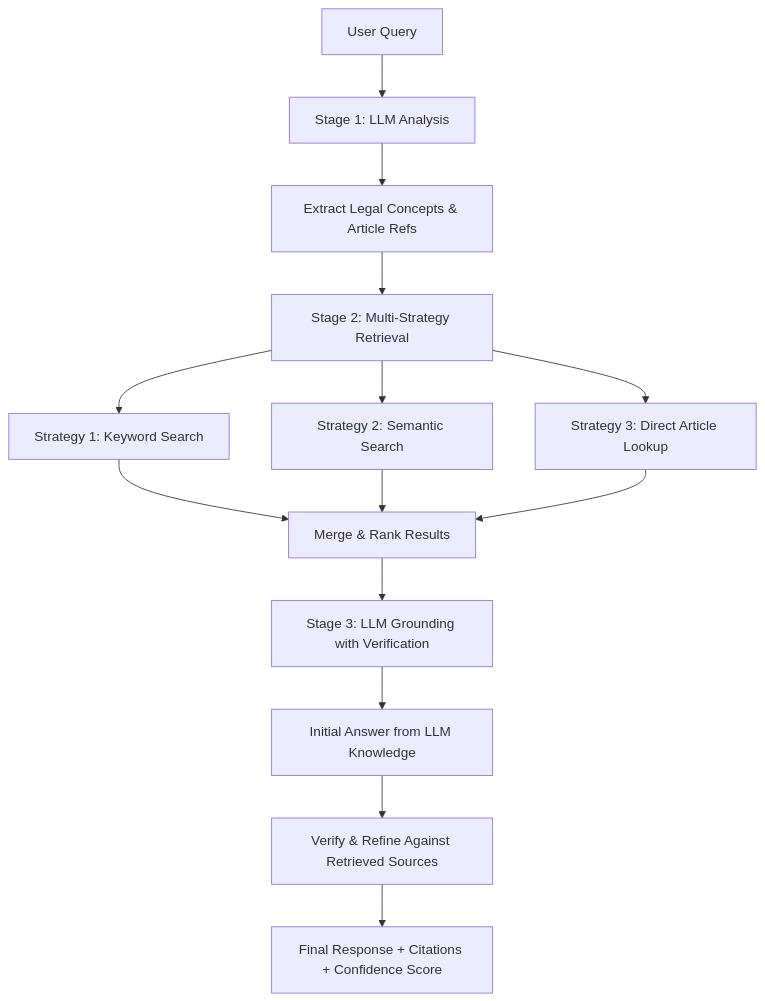
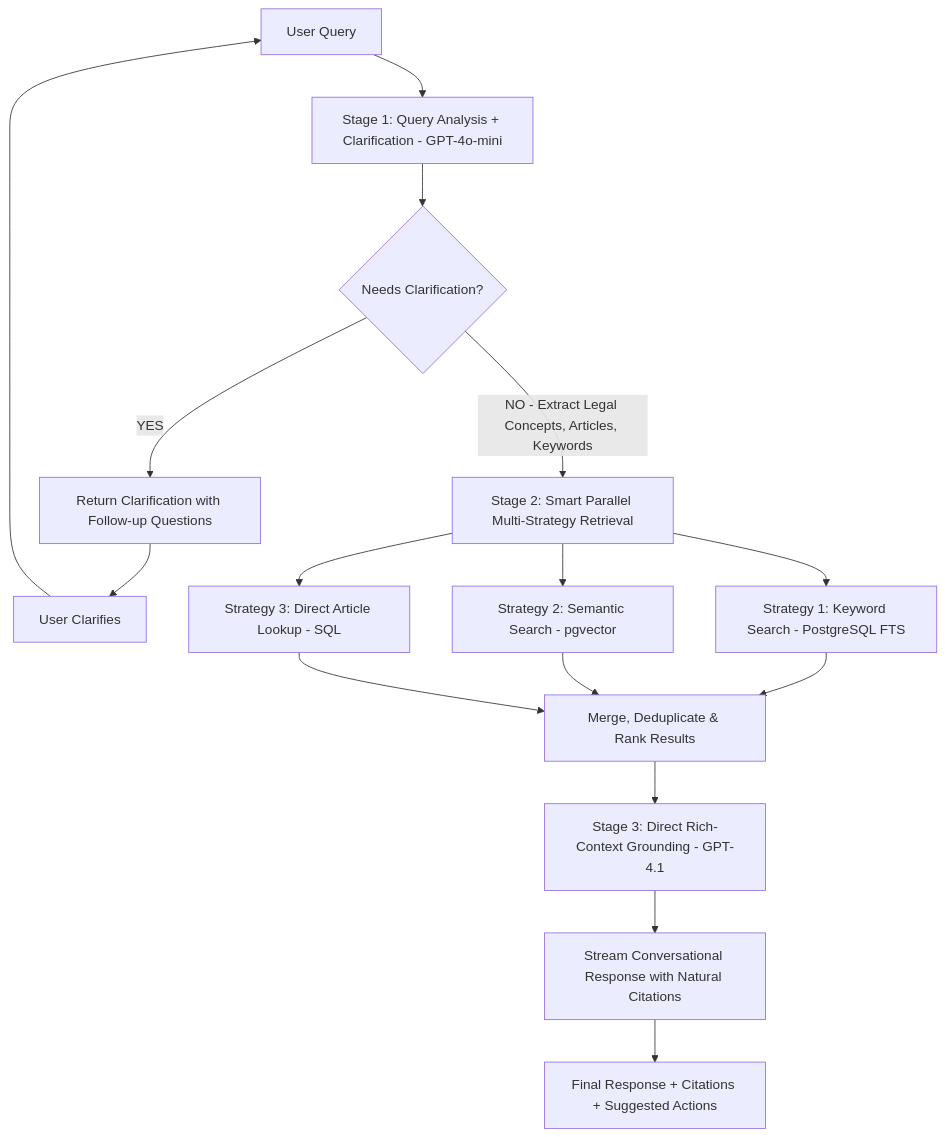
Before and after one commit to McKlay/LEO-Backend: the diagram in docs/adr/002-rag-pipeline-limitations-and-future-architecture.md, drawn with Mermaid. The commit also changed other lines of this file and 150 other files, not shown here.

````diff
--- a/docs/adr/002-rag-pipeline-limitations-and-future-architecture.md
+++ b/docs/adr/002-rag-pipeline-limitations-and-future-architecture.md
@@ -114,19 +114,21 @@
 ```mermaid
 graph TD
-    A[User Query] --> B[Stage 1: LLM Analysis]
-    B --> C[Extract Legal Concepts & Article Refs]
-    C --> D[Stage 2: Multi-Strategy Retrieval]
+    A[User Query] --> B[Stage 1: Query Analysis + Clarification - GPT-4o-mini]
+    B --> C{Needs Clarification?}
+    C -->|YES| D[Return Clarification with Follow-up Questions]
+    D --> E[User Clarifies]
+    E --> A
+    C -->|NO - Extract Legal Concepts, Articles, Keywords| F[Stage 2: Smart Parallel Multi-Strategy Retrieval]
     
-    D --> E[Strategy 1: Keyword Search]
-    D --> F[Strategy 2: Semantic Search]
-    D --> G[Strategy 3: Direct Article Lookup]
+    F --> G[Strategy 1: Keyword Search - PostgreSQL FTS]
+    F --> H[Strategy 2: Semantic Search - pgvector]
+    F --> I[Strategy 3: Direct Article Lookup - SQL]
     
-    E --> H[Merge & Rank Results]
-    F --> H
-    G --> H
+    G --> J[Merge, Deduplicate & Rank Results]
+    H --> J
+    I --> J
     
-    H --> I[Stage 3: LLM Grounding with Verification]
-    I --> J[Initial Answer from LLM Knowledge]
-    J --> K[Verify & Refine Against Retrieved Sources]
-    K --> L[Final Response + Citations + Confidence Score]
+    J --> K[Stage 3: Direct Rich-Context Grounding - GPT-4.1]
+    K --> L[Stream Conversational Response with Natural Citations]
+    L --> M[Final Response + Citations + Suggested Actions]
 ```
````
